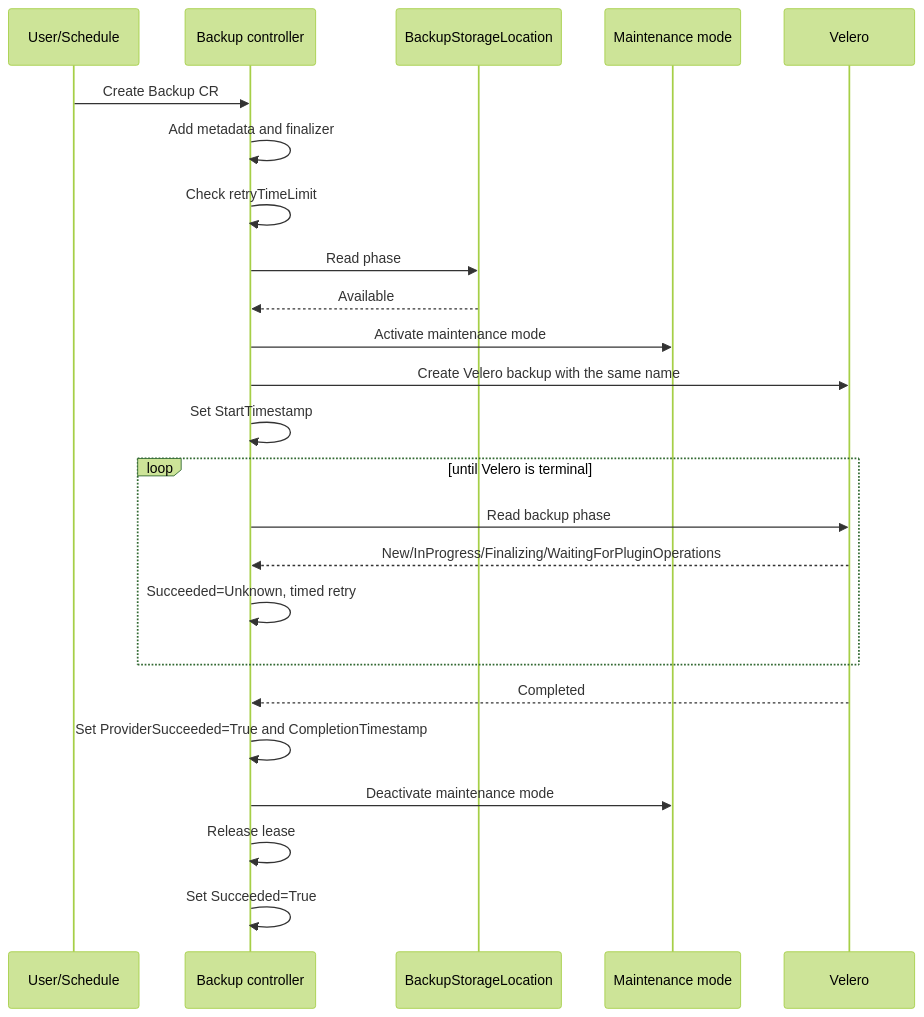
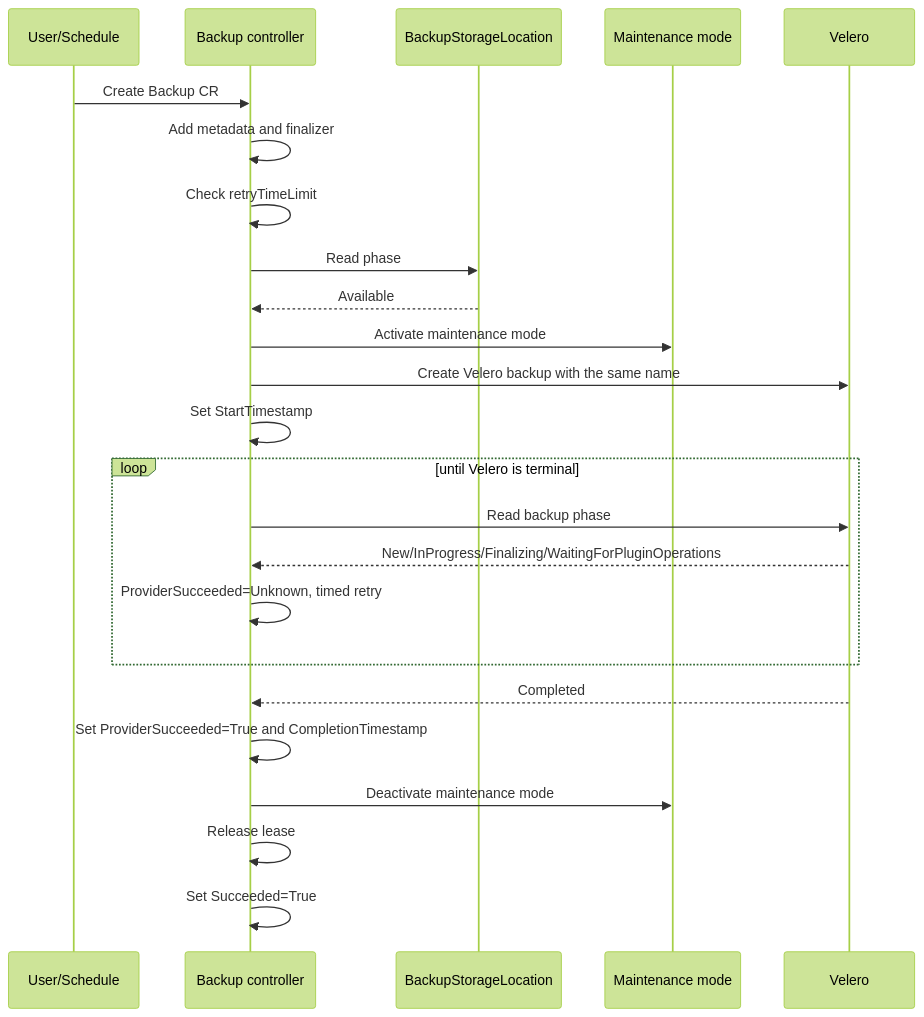
The first of 4 diagrams in docs/development/backup/backup_process_en.md (cloudogu/k8s-backup-operator), drawn with Mermaid (forest theme) before and after one commit. The commit also changed other lines of this file and 10 other files, not shown here.

````diff
--- a/docs/development/backup/backup_process_en.md
+++ b/docs/development/backup/backup_process_en.md
@@ -46,27 +46,27 @@
 ```mermaid
 sequenceDiagram
     participant U as User/Schedule
     participant B as Backup controller
     participant S as BackupStorageLocation
     participant M as Maintenance mode
     participant V as Velero
 
     U->>B: Create Backup CR
     B->>B: Add metadata and finalizer
     B->>B: Check retryTimeLimit
     B->>S: Read phase
     S-->>B: Available
     B->>M: Activate maintenance mode
     B->>V: Create Velero backup with the same name
     B->>B: Set StartTimestamp
     loop until Velero is terminal
         B->>V: Read backup phase
         V-->>B: New/InProgress/Finalizing/WaitingForPluginOperations
-        B->>B: Succeeded=Unknown, timed retry
+        B->>B: ProviderSucceeded=Unknown, timed retry
     end
     V-->>B: Completed
     B->>B: Set ProviderSucceeded=True and CompletionTimestamp
     B->>M: Deactivate maintenance mode
     B->>B: Release lease
     B->>B: Set Succeeded=True
 ```
````
